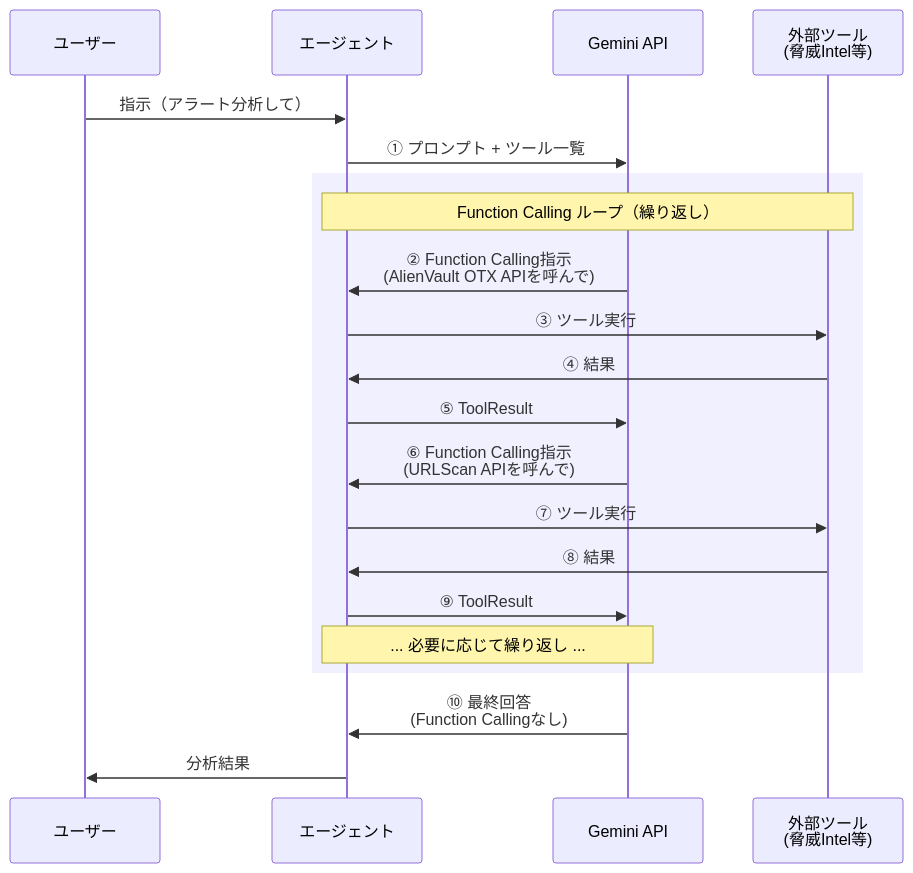
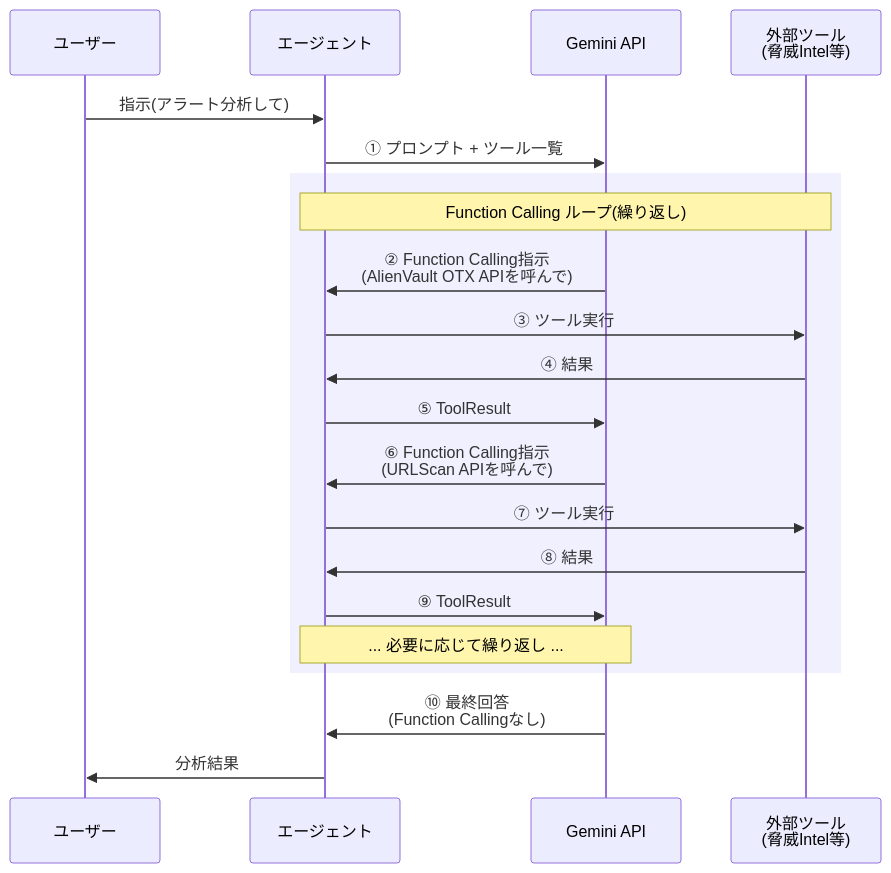
One commit to m-mizutani/advcal2025 changed the diagram in articles/sec-agent-08-function-calling.md. Above: the diagram before and after it, drawn with Mermaid. The commit also changed other lines of this file, not shown here.

````diff
--- a/articles/sec-agent-08-function-calling.md
+++ b/articles/sec-agent-08-function-calling.md
@@ -38,28 +25,28 @@
 ```mermaid
 sequenceDiagram
     participant User as ユーザー
     participant App as エージェント
     participant LLM as Gemini API
     participant Tool as 外部ツール<br/>(脅威Intel等)
 
-    User->>App: 指示（アラート分析して）
+    User->>App: 指示(アラート分析して)
     App->>LLM: ① プロンプト + ツール一覧
 
     rect rgb(240, 240, 255)
-        Note over App,Tool: Function Calling ループ（繰り返し）
+        Note over App,Tool: Function Calling ループ(繰り返し)
         LLM->>App: ② Function Calling指示<br/>(AlienVault OTX APIを呼んで)
         App->>Tool: ③ ツール実行
         Tool->>App: ④ 結果
         App->>LLM: ⑤ ToolResult
 
         LLM->>App: ⑥ Function Calling指示<br/>(URLScan APIを呼んで)
         App->>Tool: ⑦ ツール実行
         Tool->>App: ⑧ 結果
         App->>LLM: ⑨ ToolResult
 
         Note over LLM,App: ... 必要に応じて繰り返し ...
     end
 
     LLM->>App: ⑩ 最終回答<br/>(Function Callingなし)
     App->>User: 分析結果
 ```
````
